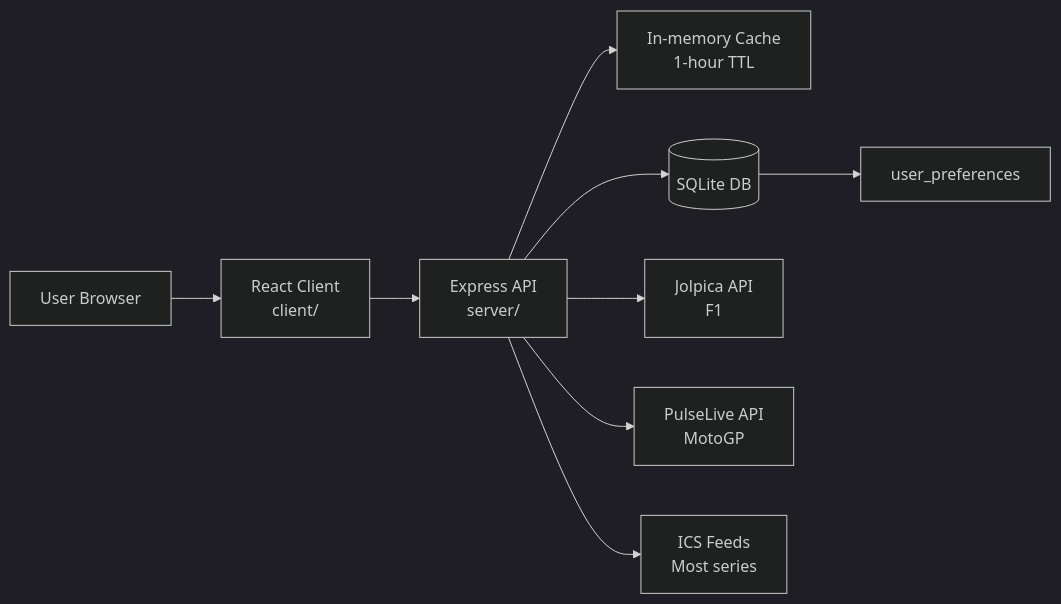
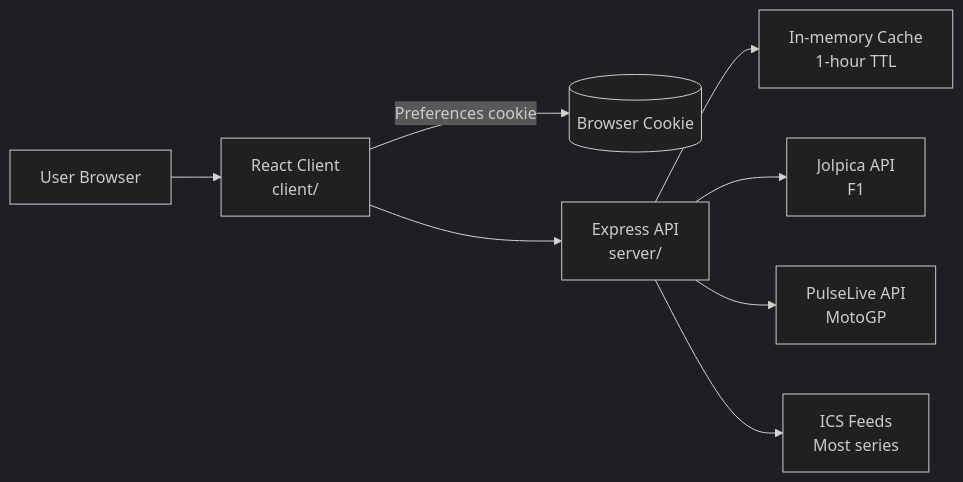
The first of 4 diagrams in docs/ARCHITECTURE.md (mblancolabs/gridstart), drawn with Mermaid (dark theme) before and after one commit. The commit also changed other lines of this file and 25 other files, not shown here.

````diff
--- a/docs/ARCHITECTURE.md
+++ b/docs/ARCHITECTURE.md
@@ -9,11 +9,10 @@
 ```mermaid
 flowchart LR
     U[User Browser] --> C[React Client\nclient/]
+    C -->|Preferences cookie| UC[(Browser Cookie)]
     C --> A[Express API\nserver/]
     A --> K[In-memory Cache\n1-hour TTL]
-    A --> D[(SQLite DB)]
     A --> F1[Jolpica API\nF1]
     A --> MG[PulseLive API\nMotoGP]
     A --> ICS[ICS Feeds\nMost series]
-    D --> P[user_preferences]
 ```
````
